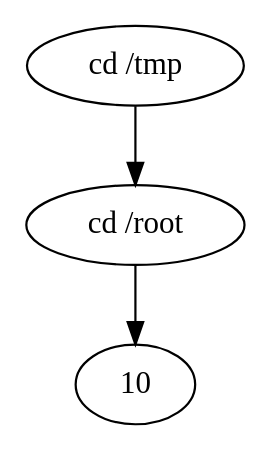
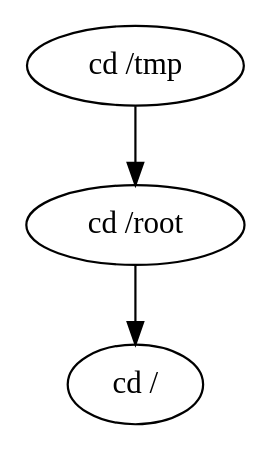
One commit to hongdal/bashlex changed the diagram in module-dev/bashgraph/testcase/or.dot. Above: the diagram before and after it, drawn with Graphviz. The commit also changed 15 other files, not shown here.

```diff
--- a/module-dev/bashgraph/testcase/or.dot
+++ b/module-dev/bashgraph/testcase/or.dot
@@ -1,6 +1,7 @@
 digraph {
 2 [label=" cd /tmp"];
+6 [label=" cd /root"];
+10 [label=" cd /"];
 2 -> 6;
-6 [label=" cd /root"];
 6 -> 10;
 }
```
